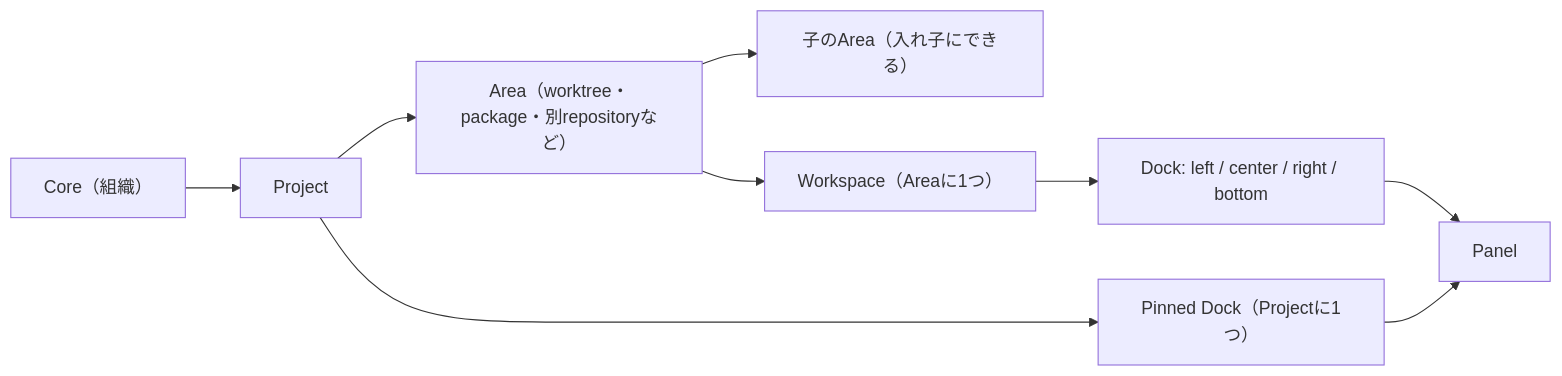
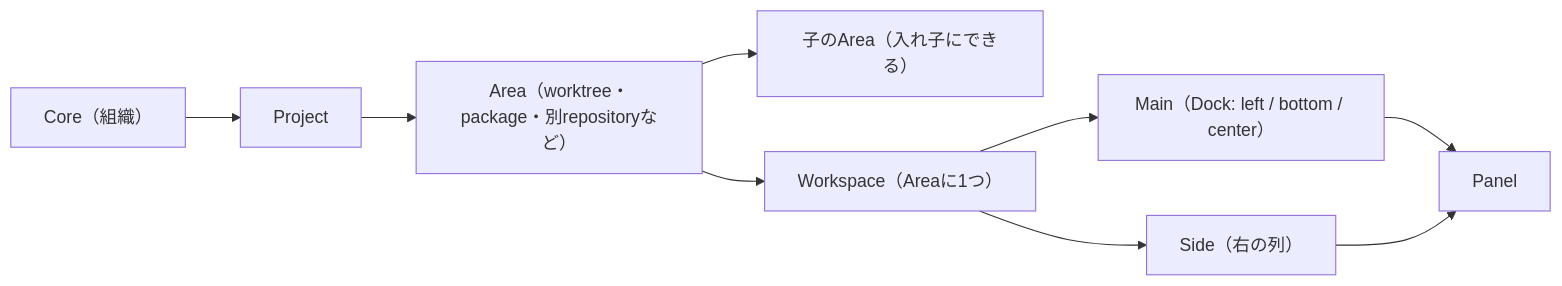
One commit to naatin777/plugumi changed the first of 2 diagrams in docs/designs/00004-web-plugin-screen-hierarchy.md. Above: the diagram before and after it, drawn with Mermaid. The commit also changed other lines of this file and 38 other files, not shown here.

````diff
--- a/docs/designs/00004-web-plugin-screen-hierarchy.md
+++ b/docs/designs/00004-web-plugin-screen-hierarchy.md
@@ -22,11 +22,11 @@
 ```mermaid
 flowchart LR
     Core["Core（組織）"] --> Project["Project"]
     Project --> Area["Area（worktree・package・別repositoryなど）"]
     Area --> Child["子のArea（入れ子にできる）"]
     Area --> Workspace["Workspace（Areaに1つ）"]
-    Workspace --> Dock["Dock: left / center / right / bottom"]
-    Project --> Pinned["Pinned Dock（Projectに1つ）"]
-    Dock --> Panel["Panel"]
-    Pinned --> Panel
+    Workspace --> Main["Main（Dock: left / bottom / center）"]
+    Workspace --> Side["Side（右の列）"]
+    Main --> Panel["Panel"]
+    Side --> Panel
 ```
````
